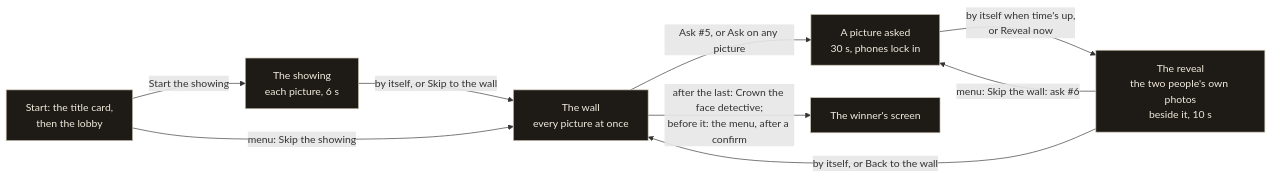
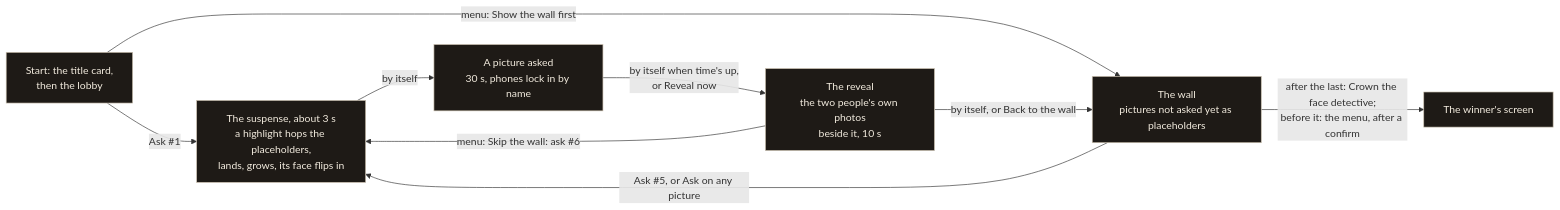
Before and after one commit to NicolaiLassen/hurra: the ninth of 16 diagrams in docs/user-flows.md, drawn with Mermaid. The commit also changed other lines of this file and 10 other files, not shown here.

Commit message:
The fusion settings line up their name fields, and the docs describe the surprise round, names not tied to the guest list and Lydspor without the in-photo rule

````diff
--- a/docs/user-flows.md
+++ b/docs/user-flows.md
@@ -356,13 +361,13 @@
 ```mermaid
 flowchart LR
   classDef screen fill:#1e1a16,stroke:#c9bfae,color:#f2ebde
 
-  START["Start: the title card,<br/>then the lobby"]:::screen -- "Start the showing" --> SHOW["The showing<br/>each picture, 6 s"]:::screen
-  START -- "menu: Skip the showing" --> WALL
-  SHOW -- "by itself, or Skip to the wall" --> WALL["The wall<br/>every picture at once"]:::screen
-  WALL -- "Ask #5, or Ask on any picture" --> ASK["A picture asked<br/>30 s, phones lock in"]:::screen
+  START["Start: the title card,<br/>then the lobby"]:::screen -- "Ask #1" --> HOP
+  START -- "menu: Show the wall first" --> WALL["The wall<br/>pictures not asked yet as placeholders"]:::screen
+  WALL -- "Ask #5, or Ask on any picture" --> HOP["The suspense, about 3 s<br/>a highlight hops the placeholders,<br/>lands, grows, its face flips in"]:::screen
+  HOP -- "by itself" --> ASK["A picture asked<br/>30 s, phones lock in by name"]:::screen
   ASK -- "by itself when time's up,<br/>or Reveal now" --> REV["The reveal<br/>the two people's own photos<br/>beside it, 10 s"]:::screen
   REV -- "by itself, or Back to the wall" --> WALL
-  REV -- "menu: Skip the wall: ask #6" --> ASK
+  REV -- "menu: Skip the wall: ask #6" --> HOP
   WALL -- "after the last: Crown the face detective;<br/>before it: the menu, after a confirm" --> DONE["The winner's screen"]:::screen
 ```
````
